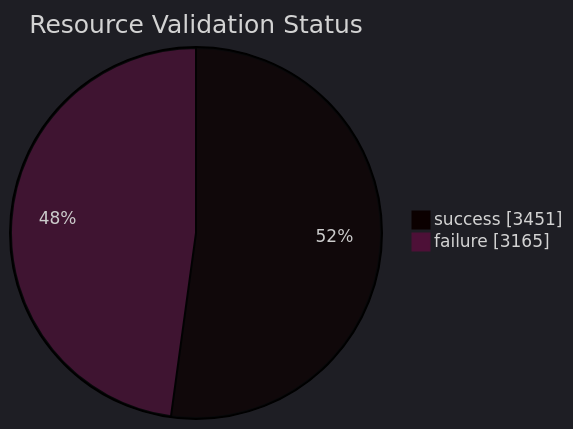
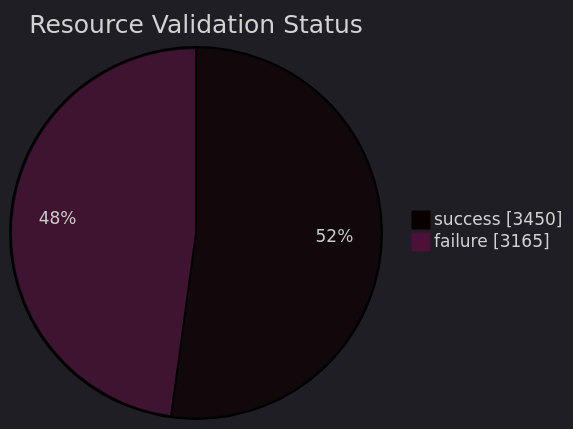
The diagram in datastore_tracker/resource_validation_status_pie_chart.md (open-data/analytics-corporate-reporting), drawn with Mermaid before and after one commit. The commit also changed 6 other files, not shown here.

````diff
--- a/datastore_tracker/resource_validation_status_pie_chart.md
+++ b/datastore_tracker/resource_validation_status_pie_chart.md
@@ -2,9 +2,9 @@
 ```mermaid
 ---
 config:
   theme: dark
 ---
 pie showData title Resource Validation Status
-    "success": 3451
+    "success": 3450
     "failure": 3165
 ```
````
